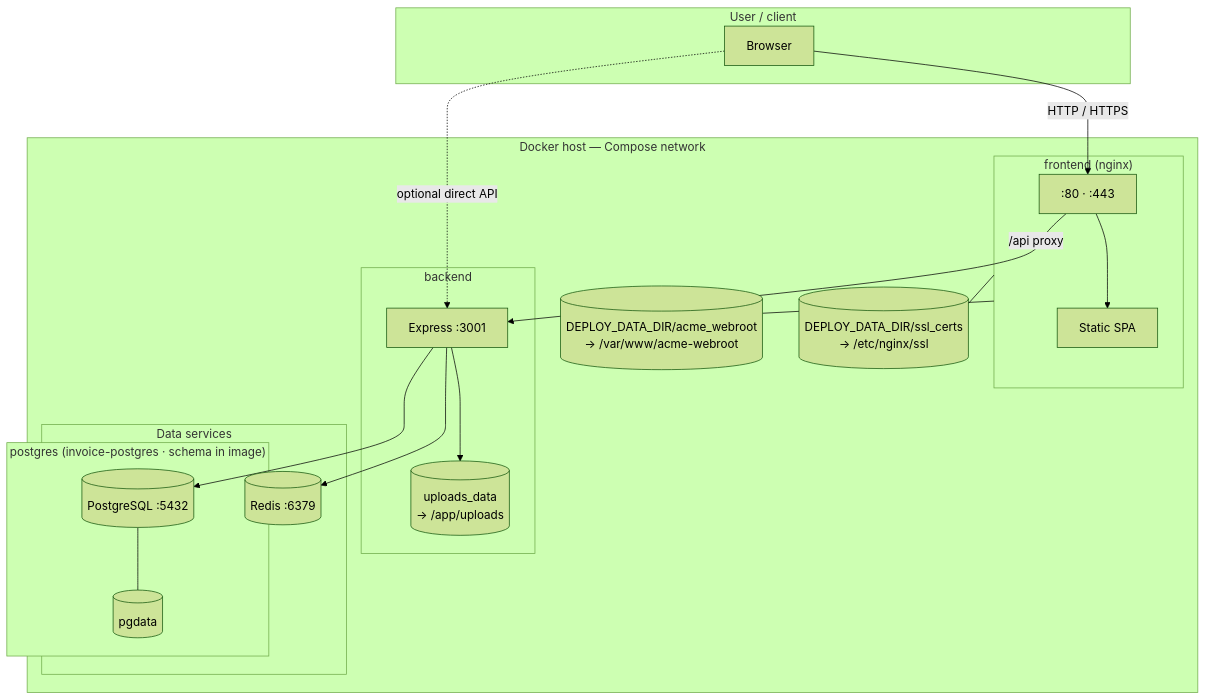
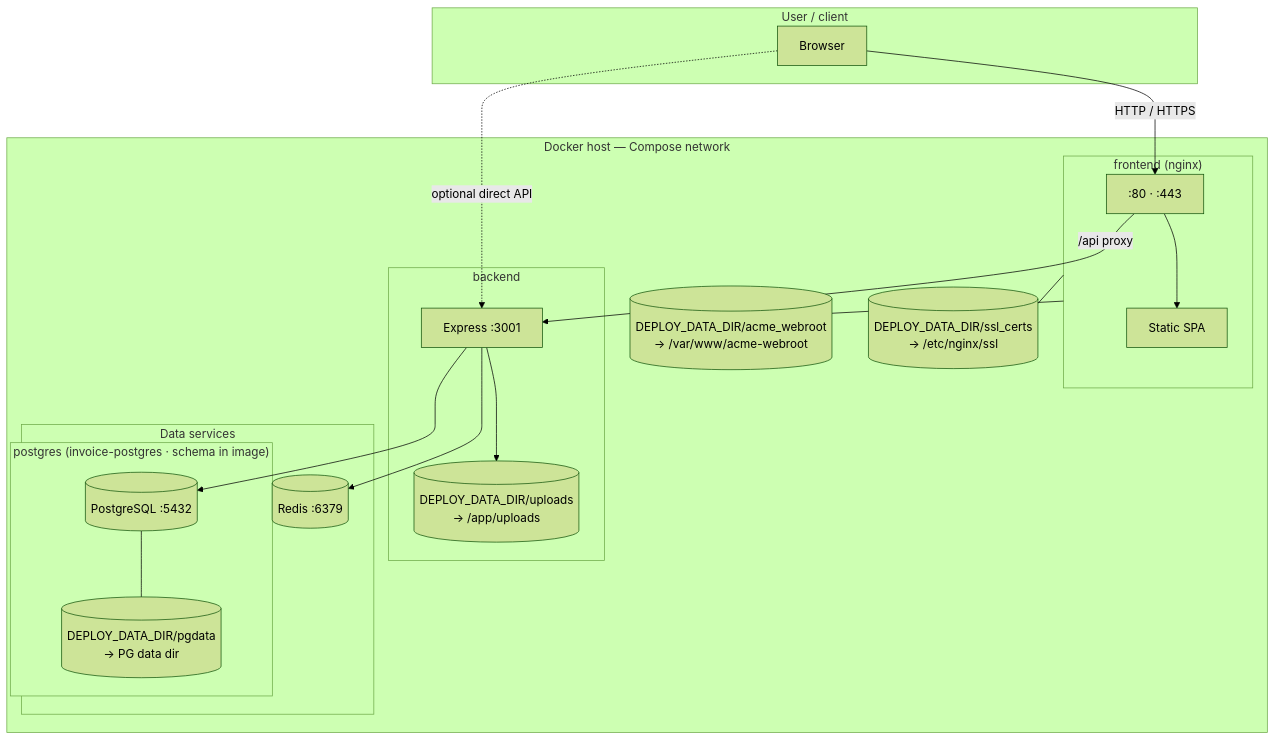
Before and after one commit to becomeonewiththecode/invoicing: the diagram in deployment/diagram.md, drawn with Mermaid (forest theme). The commit also changed other lines of this file and 9 other files, not shown here.

First line of the commit message:
deployment: bind-mount pgdata and uploads; JWT from .env; refresh docs

````diff
--- a/deployment/diagram.md
+++ b/deployment/diagram.md
@@ -5,40 +5,40 @@
 ```mermaid
 flowchart TB
   subgraph Internet["User / client"]
     U[Browser]
   end
 
   subgraph Host["Docker host — Compose network"]
     subgraph FE["frontend (nginx)"]
       NG[":80 · :443"]
       SPA[Static SPA]
       NG --> SPA
     end
 
     ACME[("DEPLOY_DATA_DIR/acme_webroot\n→ /var/www/acme-webroot")]
     TLS[("DEPLOY_DATA_DIR/ssl_certs\n→ /etc/nginx/ssl")]
     FE --- ACME
     FE --- TLS
 
     subgraph BE["backend"]
       API[Express :3001]
-      UP[("uploads_data\n→ /app/uploads")]
+      UP[("DEPLOY_DATA_DIR/uploads\n→ /app/uploads")]
       API --> UP
     end
 
     subgraph Data["Data services"]
       subgraph PGsvc["postgres (invoice-postgres · schema in image)"]
         PG[(PostgreSQL :5432)]
-        PGVOL[("pgdata")]
+        PGVOL[("DEPLOY_DATA_DIR/pgdata\n→ PG data dir")]
         PG --- PGVOL
       end
       RD[(Redis :6379)]
     end
   end
 
   U -->|HTTP / HTTPS| NG
   NG -->|"/api proxy"| API
   U -.->|optional direct API| API
   API --> PG
   API --> RD
 ```
````
